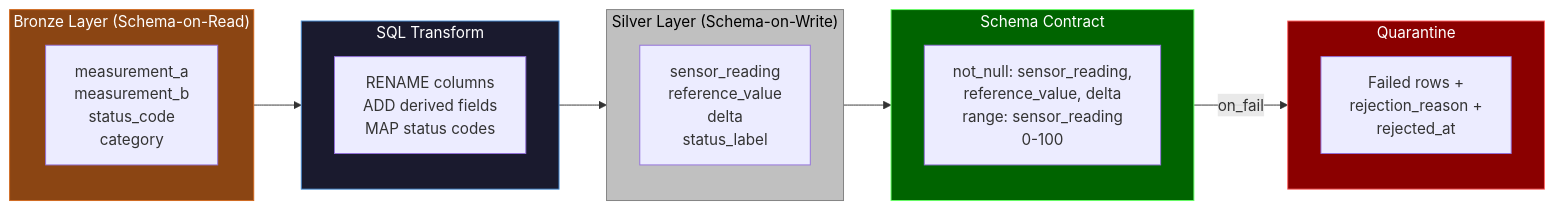
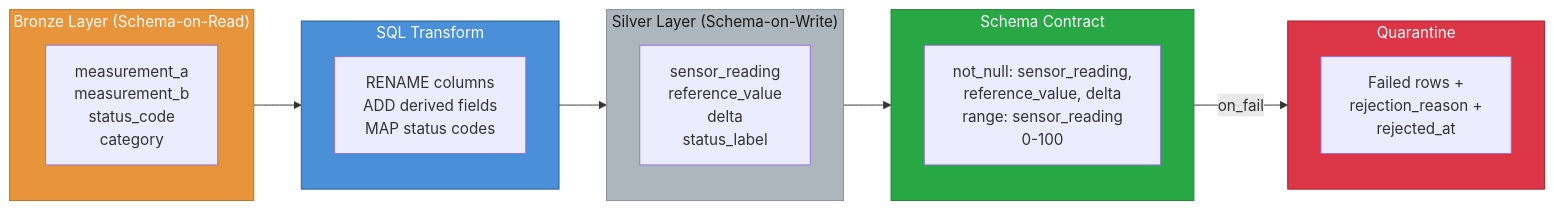
Before and after one commit to henryodibi11/Odibi: the first of 2 diagrams in docs/simulation/patterns/data_engineering.md, drawn with Mermaid. The commit also changed other lines of this file and 7 other files, not shown here.

First line of the commit message:
Fix mermaid diagram colors for readability across all 26 diagrams

````diff
--- a/docs/simulation/patterns/data_engineering.md
+++ b/docs/simulation/patterns/data_engineering.md
@@ -194,31 +194,31 @@
 ```mermaid
 flowchart LR
     subgraph Bronze["Bronze Layer (Schema-on-Read)"]
         B1["measurement_a\nmeasurement_b\nstatus_code\ncategory"]
     end
 
     subgraph Transform["SQL Transform"]
         T1["RENAME columns\nADD derived fields\nMAP status codes"]
     end
 
     subgraph Silver["Silver Layer (Schema-on-Write)"]
         S1["sensor_reading\nreference_value\ndelta\nstatus_label"]
     end
 
     subgraph Validation["Schema Contract"]
         V1["not_null: sensor_reading,\nreference_value, delta\nrange: sensor_reading\n0-100"]
     end
 
     subgraph Quarantine["Quarantine"]
         Q1["Failed rows +\nrejection_reason +\nrejected_at"]
     end
 
     Bronze --> Transform --> Silver --> Validation
     Validation -->|"on_fail"| Quarantine
 
-    style Bronze fill:#8B4513,stroke:#D2691E,color:#ffffff
-    style Transform fill:#1a1a2e,stroke:#4a90d9,color:#ffffff
-    style Silver fill:#C0C0C0,stroke:#808080,color:#000000
-    style Validation fill:#006400,stroke:#66ff66,color:#ffffff
-    style Quarantine fill:#8B0000,stroke:#ff6666,color:#ffffff
+    style Bronze fill:#e8943a,stroke:#b8732e,color:#ffffff
+    style Transform fill:#4a90d9,stroke:#2c5f8a,color:#ffffff
+    style Silver fill:#adb5bd,stroke:#868e96,color:#1a1a1a
+    style Validation fill:#28a745,stroke:#1e7e34,color:#ffffff
+    style Quarantine fill:#dc3545,stroke:#a71d2a,color:#ffffff
 ```
````
